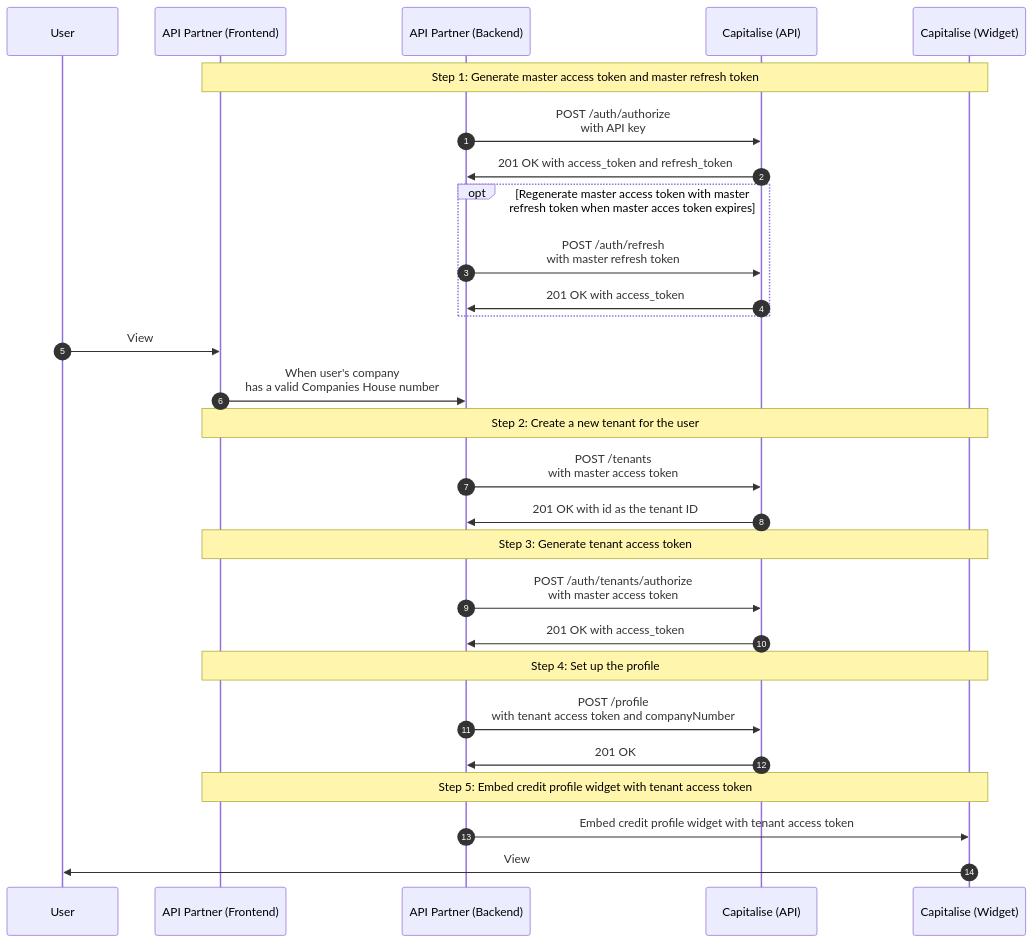
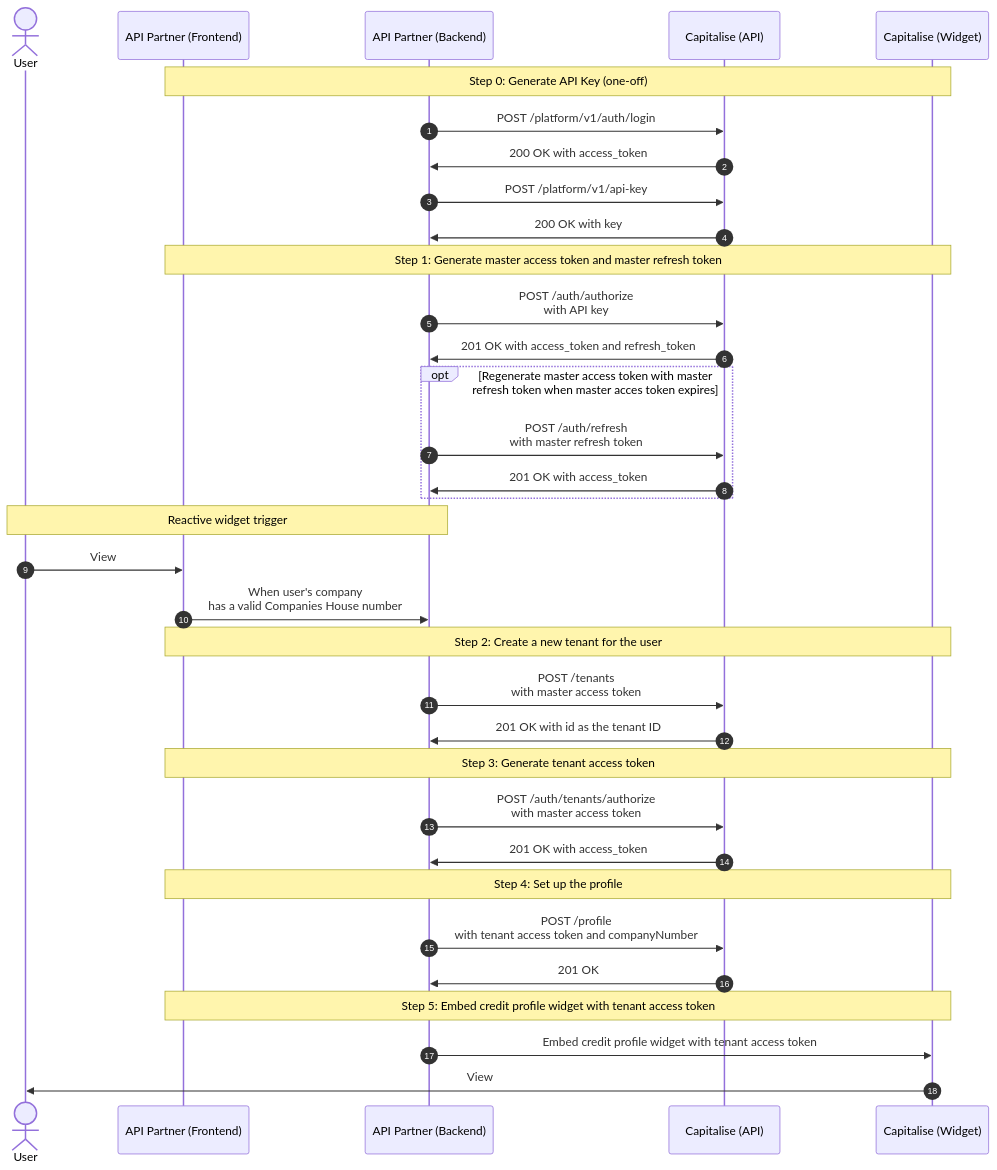
One commit to Capitalise/developer-portal changed the diagram in use-cases/credit-profile-widget.mdx. Above: the diagram before and after it, drawn with Mermaid. The commit also changed other lines of this file and 26 other files, not shown here.

````diff
--- a/use-cases/credit-profile-widget.mdx
+++ b/use-cases/credit-profile-widget.mdx
@@ -553,30 +547,36 @@
 ```mermaid
 sequenceDiagram
     autonumber
-    participant U as User
+    actor U as User
     participant AF as API Partner (Frontend)
     participant AB as API Partner (Backend)
     participant CA as Capitalise (API)
     participant CW as Capitalise (Widget)
+    Note over AF, CW: Step 0: Generate API Key (one-off)
+    AB->>CA: POST /platform/v1/auth/login
+    CA->>AB: 200 OK with access_token
+    AB->>CA: POST /platform/v1/api-key
+    CA->>AB: 200 OK with key
     Note over AF, CW: Step 1: Generate master access token and master refresh token
     AB->>CA: POST /auth/authorize<br> with API key
     CA->>AB: 201 OK with access_token and refresh_token
     opt Regenerate master access token with master refresh token when master acces token expires
         AB->>CA: POST /auth/refresh<br>with master refresh token
         CA->>AB: 201 OK with access_token
     end
+    Note over U, AB: Reactive widget trigger
     U->>AF: View
     AF->>AB: When user's company<br> has a valid Companies House number
     Note over AF, CW: Step 2: Create a new tenant for the user
     AB->>CA: POST /tenants<br>with master access token
     CA->>AB: 201 OK with id as the tenant ID
     Note over AF, CW: Step 3: Generate tenant access token
     AB->>CA: POST /auth/tenants/authorize<br>with master access token
     CA->>AB: 201 OK with access_token
     Note over AF, CW: Step 4: Set up the profile
     AB->>CA: POST /profile<br>with tenant access token and companyNumber
     CA->>AB: 201 OK
     Note over AF, CW: Step 5: Embed credit profile widget with tenant access token
     AB->>CW: Embed credit profile widget with tenant access token
     CW->>U: View
 ```
````
